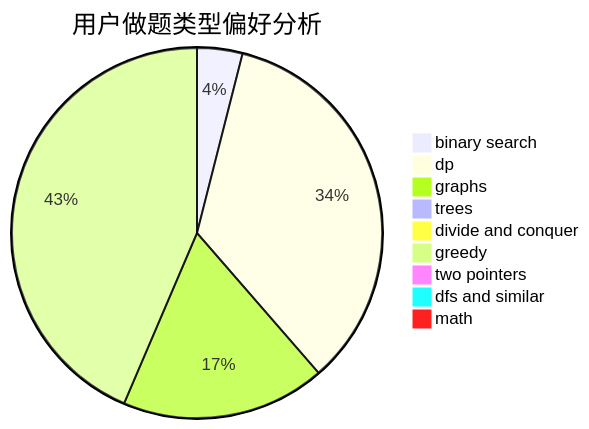
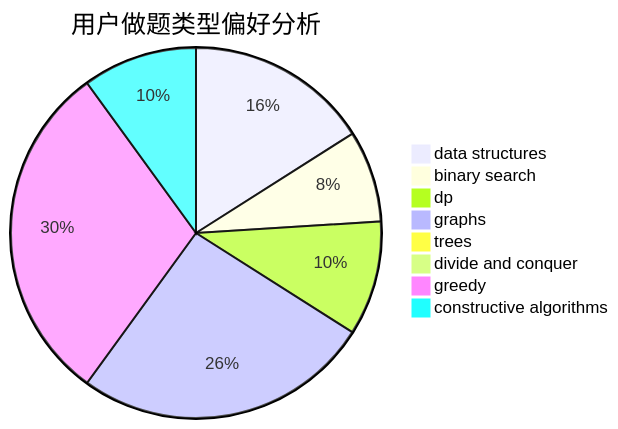
Before and after one commit to sherpahu/cfrs.github.io: the second of 3 diagrams in docs/user/u1908.md, drawn with Mermaid. The commit also changed other lines of this file and 2775 other files, not shown here.

````diff
--- a/docs/user/u1908.md
+++ b/docs/user/u1908.md
@@ -23,12 +23,11 @@
 ```mermaid
 pie title 用户做题类型偏好分析
+    "data structures" :  8
     "binary search" :  4
-    "dp" :  35
-    "graphs" :  18
+    "dp" :  5
+    "graphs" :  13
     "trees" :  0
     "divide and conquer" :  0
-    "greedy" :  44
-    "two pointers" :  0
-    "dfs and similar" :  1
-    "math" :  1
+    "greedy" :  15
+    "constructive algorithms" :  5
 ```
````
